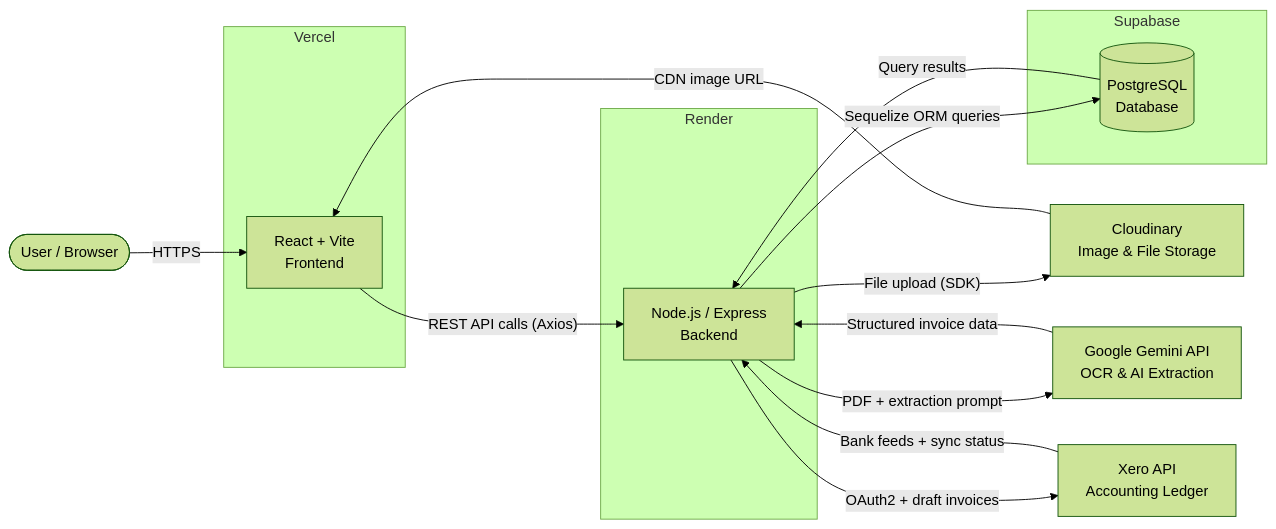
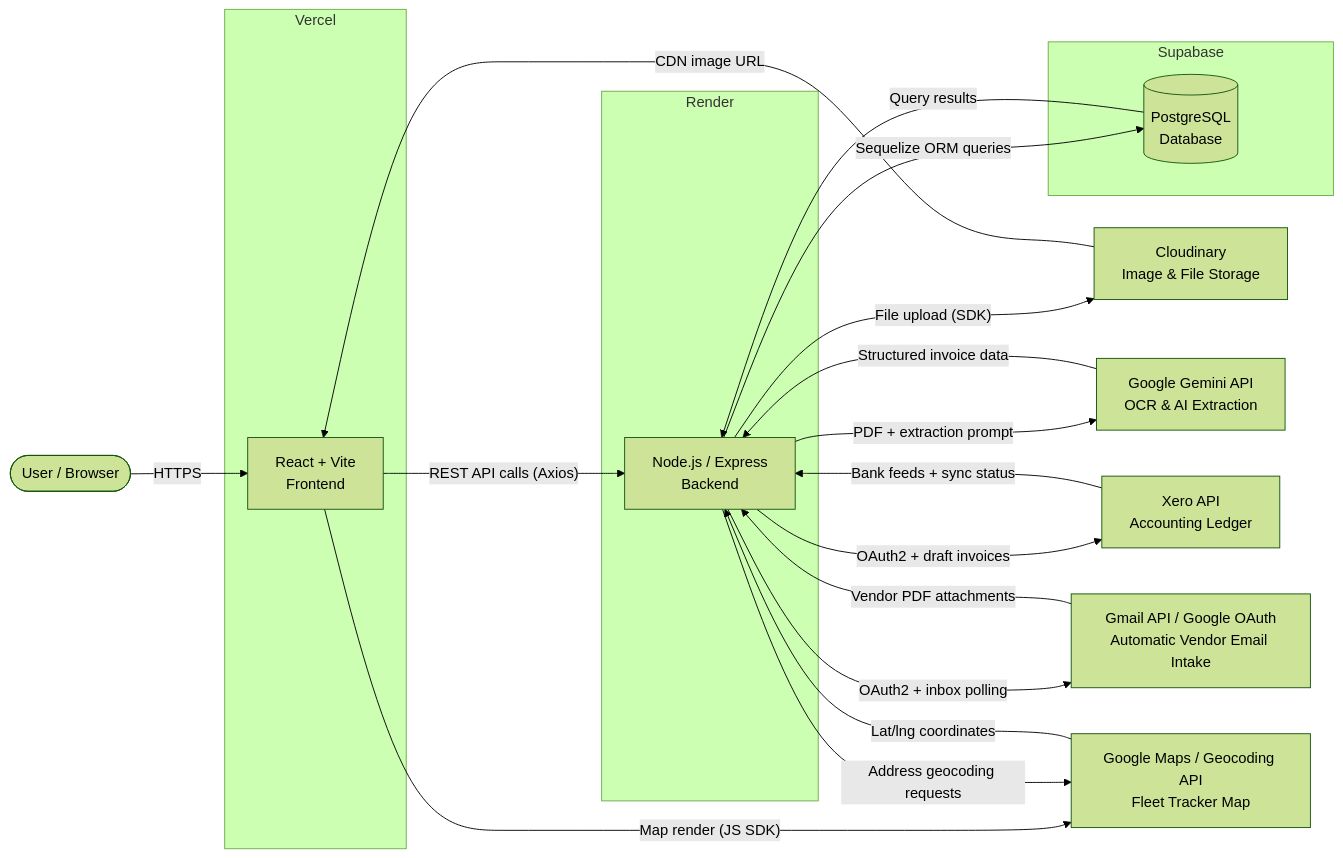
One commit to secbest/Full_Stack_Application_Development_Assignment changed the diagram in design/architecture-diagram.md. Above: the diagram before and after it, drawn with Mermaid (forest theme). The commit also changed 16 other files, not shown here.

````diff
--- a/design/architecture-diagram.md
+++ b/design/architecture-diagram.md
@@ -1,31 +1,38 @@
 ```mermaid
 graph LR
     User([User / Browser])
 
     subgraph Vercel
         FE["React + Vite\nFrontend"]
     end
 
     subgraph Render
         BE["Node.js / Express\nBackend"]
     end
 
     subgraph Supabase
         DB[("PostgreSQL\nDatabase")]
     end
 
     Cloudinary["Cloudinary\nImage & File Storage"]
     Gemini["Google Gemini API\nOCR & AI Extraction"]
     Xero["Xero API\nAccounting Ledger"]
+    Gmail["Gmail API / Google OAuth\nAutomatic Vendor Email Intake"]
+    Maps["Google Maps / Geocoding API\nFleet Tracker Map"]
 
     User -->|HTTPS| FE
     FE -->|"REST API calls (Axios)"| BE
     BE -->|"Sequelize ORM queries"| DB
     DB -->|"Query results"| BE
     BE -->|"File upload (SDK)"| Cloudinary
     Cloudinary -->|"CDN image URL"| FE
     BE -->|"PDF + extraction prompt"| Gemini
     Gemini -->|"Structured invoice data"| BE
     BE -->|"OAuth2 + draft invoices"| Xero
     Xero -->|"Bank feeds + sync status"| BE
+    BE -->|"OAuth2 + inbox polling"| Gmail
+    Gmail -->|"Vendor PDF attachments"| BE
+    FE -->|"Map render (JS SDK)"| Maps
+    BE -->|"Address geocoding requests"| Maps
+    Maps -->|"Lat/lng coordinates"| BE
 ```
````
